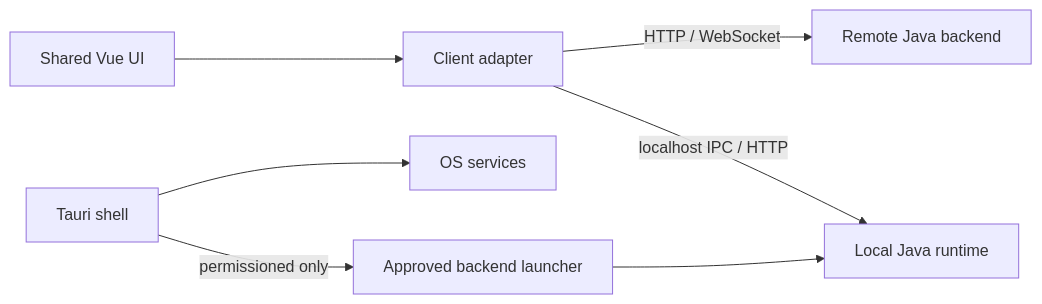
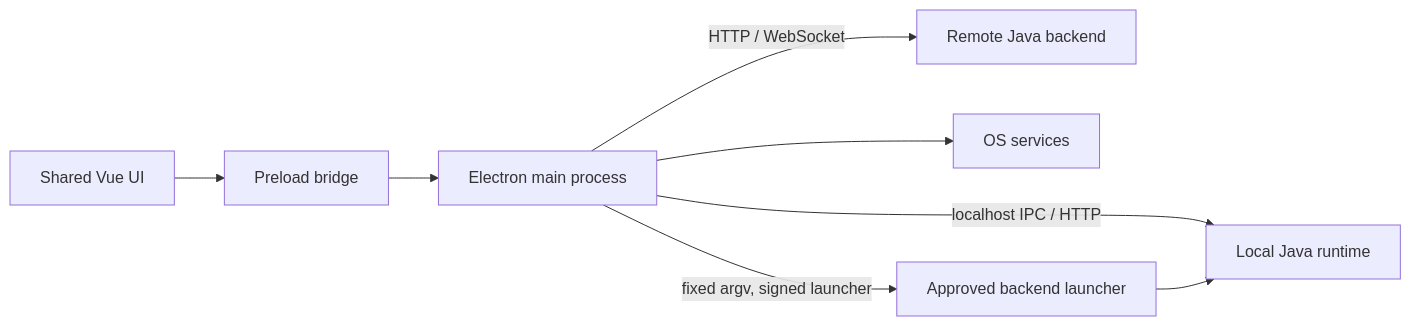
One commit to LiaoHan5426/Engineering-Automation-Platform changed the diagram in docs/desktop-spec.md. Above: the diagram before and after it, drawn with Mermaid. The commit also changed other lines of this file and 8 other files, not shown here.

````diff
--- a/docs/desktop-spec.md
+++ b/docs/desktop-spec.md
@@ -103,9 +191,10 @@
 ```mermaid
 flowchart LR
-  Vue[Shared Vue UI] --> Adapter[Client adapter]
-  Adapter -->|HTTP / WebSocket| Remote[Remote Java backend]
-  Adapter -->|localhost IPC / HTTP| Local[Local Java runtime]
-  Desktop[Tauri shell] --> OS[OS services]
-  Desktop -->|permissioned only| Sidecar[Approved backend launcher]
+  Vue[Shared Vue UI] --> Bridge[Preload bridge]
+  Bridge --> Main[Electron main process]
+  Main -->|HTTP / WebSocket| Remote[Remote Java backend]
+  Main -->|localhost IPC / HTTP| Local[Local Java runtime]
+  Main --> OS[OS services]
+  Main -->|fixed argv, signed launcher| Sidecar[Approved backend launcher]
   Sidecar --> Local
 ```
````
